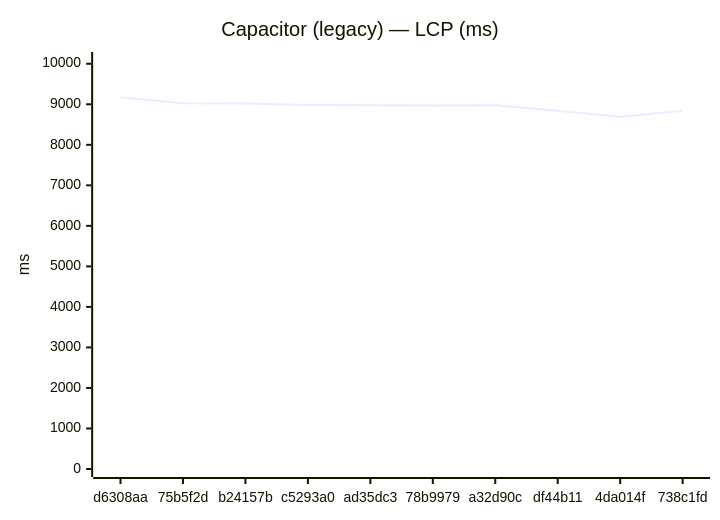
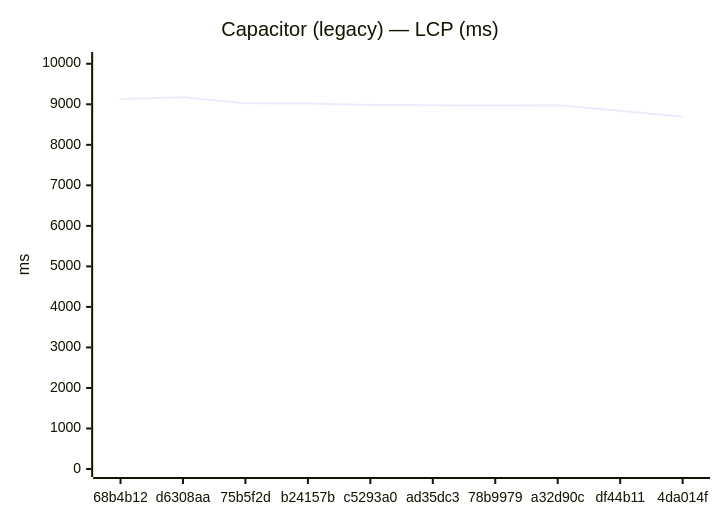
Before and after one commit to Metaheurist/Rianell: the fifth of 24 diagrams in benchmarks/compare.md, drawn with Mermaid. The commit also changed other lines of this file and 14 other files, not shown here.

````diff
--- a/benchmarks/compare.md
+++ b/benchmarks/compare.md
@@ -84,7 +84,7 @@
 ```mermaid
 xychart-beta
     title "Capacitor (legacy) — LCP (ms)"
-    x-axis ["d6308aa", "75b5f2d", "b24157b", "c5293a0", "ad35dc3", "78b9979", "a32d90c", "df44b11", "4da014f", "738c1fd"]
+    x-axis ["68b4b12", "d6308aa", "75b5f2d", "b24157b", "c5293a0", "ad35dc3", "78b9979", "a32d90c", "df44b11", "4da014f"]
     y-axis "ms" 0 --> 10093
-    line [9175, 9028, 9021, 8982, 8976, 8972, 8979, 8838, 8693, 8838]
+    line [9131, 9175, 9028, 9021, 8982, 8976, 8972, 8979, 8838, 8693]
 ```
````
